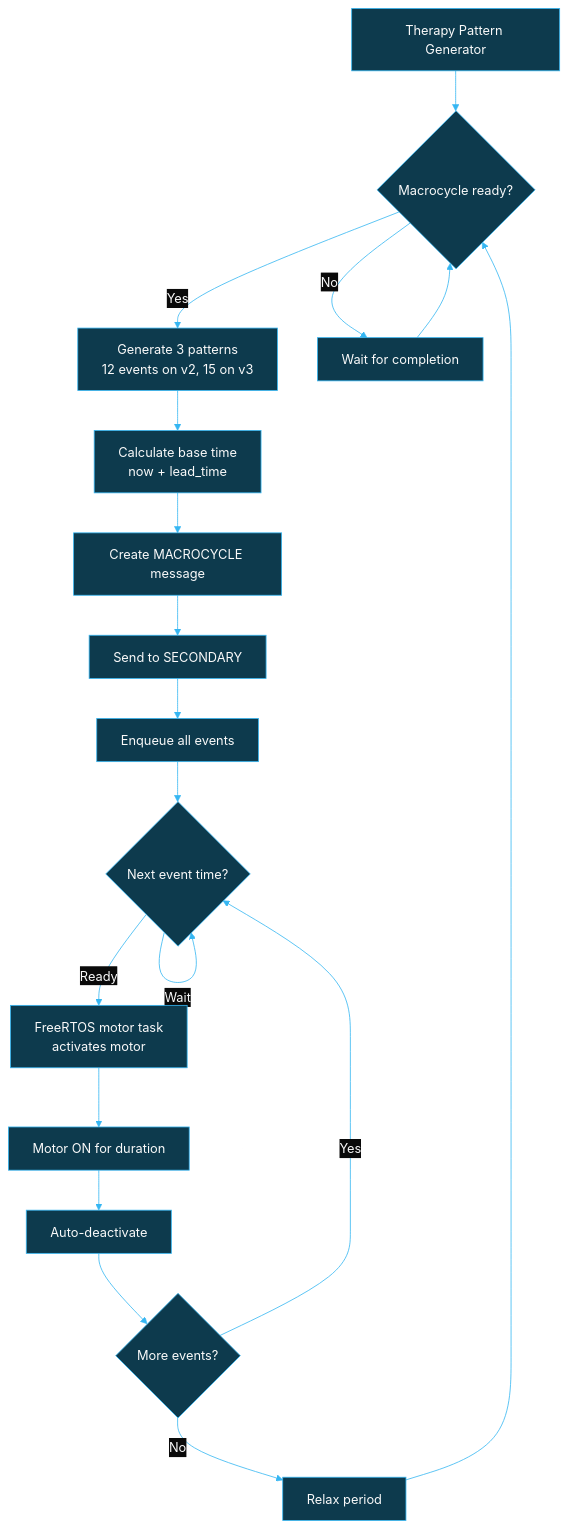
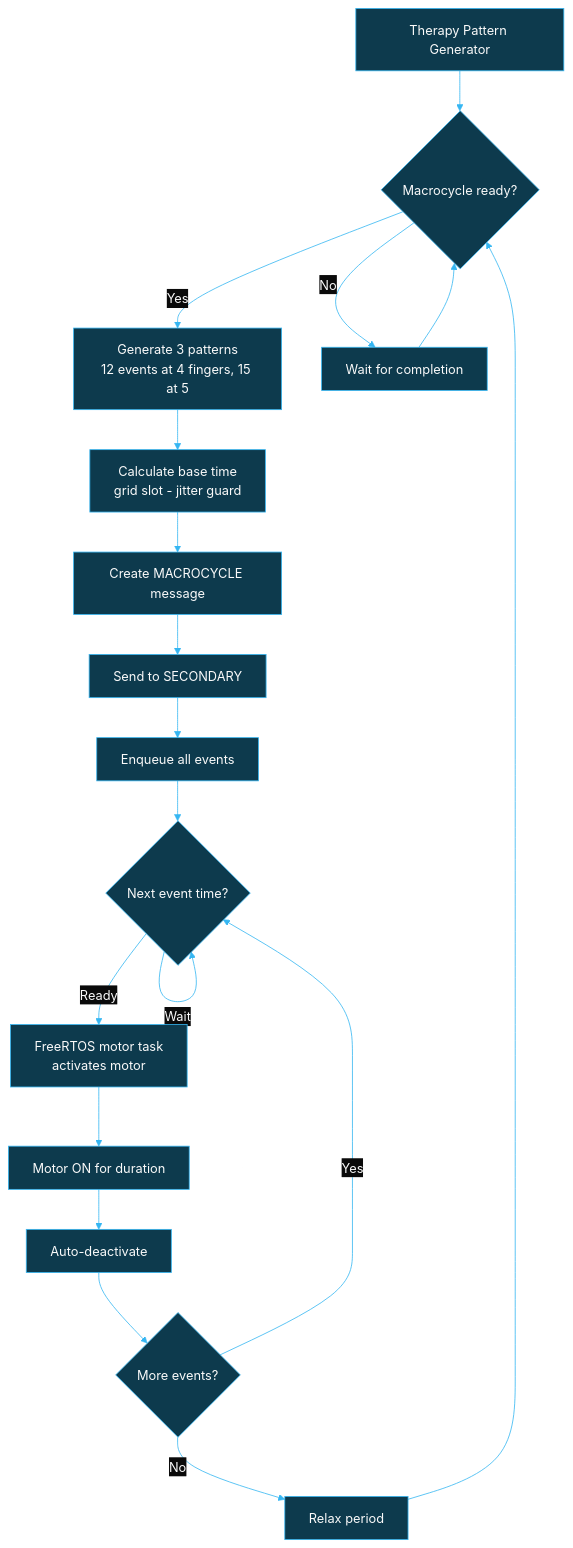
One commit to BlueBuzzah/BlueBuzzah-Firmware changed the fourth of 5 diagrams in docs/SYNCHRONIZATION_PROTOCOL.md. Above: the diagram before and after it, drawn with Mermaid. The commit also changed other lines of this file and 4 other files, not shown here.

Commit message:
docs(therapy): describe onset jitter and the fixed macrocycle grid

````diff
--- a/docs/SYNCHRONIZATION_PROTOCOL.md
+++ b/docs/SYNCHRONIZATION_PROTOCOL.md
@@ -354,37 +354,37 @@
 ```mermaid
 %%{init: {'theme': 'base', 'themeVariables': {
   'primaryColor': '#0d3a4d',
   'primaryTextColor': '#fafafa',
   'primaryBorderColor': '#35B6F2',
   'lineColor': '#35B6F2',
   'secondaryColor': '#05212D',
   'tertiaryColor': '#0a0a0a',
   'background': '#0a0a0a',
   'mainBkg': '#0d3a4d',
   'nodeBorder': '#35B6F2',
   'clusterBkg': '#05212D',
   'clusterBorder': '#35B6F2',
   'titleColor': '#fafafa',
   'edgeLabelBackground': '#0a0a0a'
 }}}%%
 flowchart TD
     A[Therapy Pattern Generator] --> B{Macrocycle ready?}
-    B -->|Yes| C[Generate 3 patterns<br/>12 events on v2, 15 on v3]
+    B -->|Yes| C[Generate 3 patterns<br/>12 events at 4 fingers, 15 at 5]
     B -->|No| D[Wait for completion]
     D --> B
 
-    C --> E[Calculate base time<br/>now + lead_time]
+    C --> E[Calculate base time<br/>grid slot - jitter guard]
     E --> F[Create MACROCYCLE message]
     F --> G[Send to SECONDARY]
     G --> I[Enqueue all events]
 
     I --> J{Next event time?}
     J -->|Wait| J
     J -->|Ready| K[FreeRTOS motor task<br/>activates motor]
     K --> L[Motor ON for duration]
     L --> M[Auto-deactivate]
     M --> N{More events?}
     N -->|Yes| J
     N -->|No| O[Relax period]
     O --> B
 ```
````
